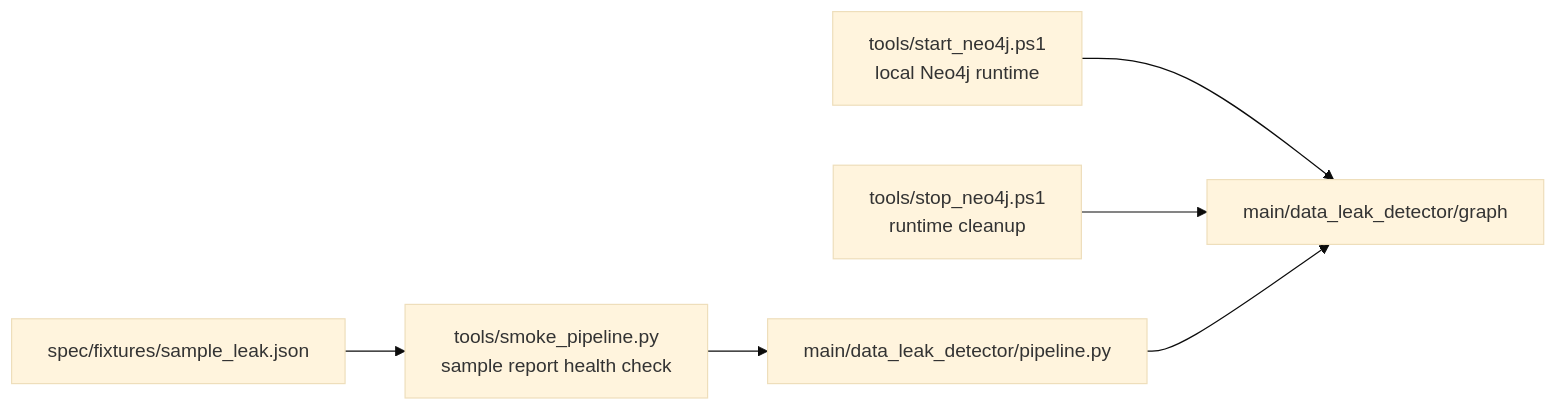
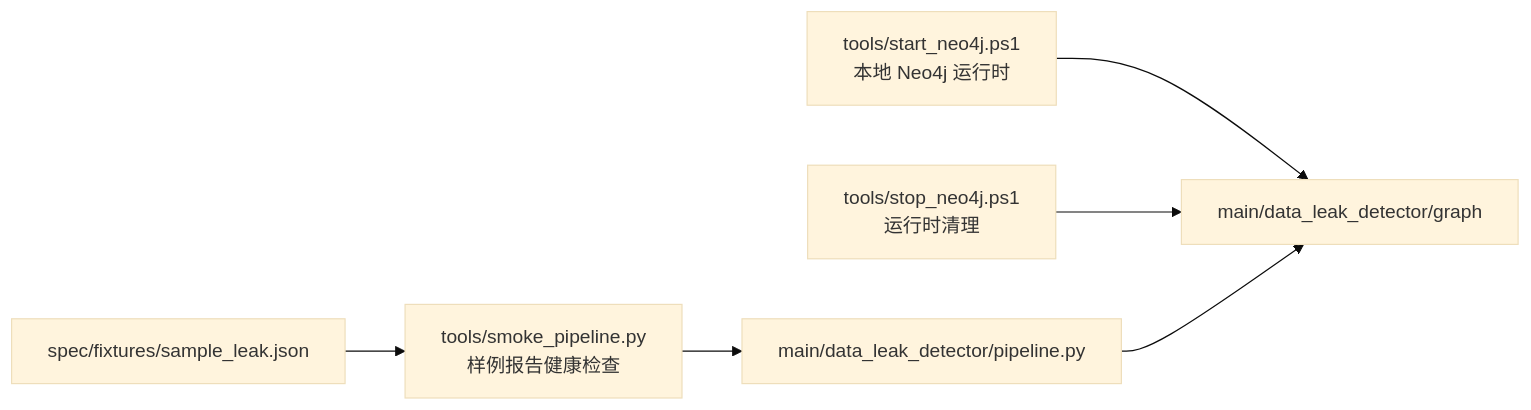
Before and after one commit to Vehicle-Security/DataLeakDetector: the second of 2 diagrams in README.md, drawn with Mermaid (base theme). The commit also changed other lines of this file and 28 other files, not shown here.

````diff
--- a/README.md
+++ b/README.md
@@ -128,15 +121,15 @@
 ```mermaid
 flowchart LR
     Fixture["spec/fixtures/sample_leak.json"]
-    Smoke["tools/smoke_pipeline.py<br/>sample report health check"]
-    Start["tools/start_neo4j.ps1<br/>local Neo4j runtime"]
-    Stop["tools/stop_neo4j.ps1<br/>runtime cleanup"]
+    Smoke["tools/smoke_pipeline.py<br/>样例报告健康检查"]
+    Start["tools/start_neo4j.ps1<br/>本地 Neo4j 运行时"]
+    Stop["tools/stop_neo4j.ps1<br/>运行时清理"]
     Pipeline["main/data_leak_detector/pipeline.py"]
     Graph["main/data_leak_detector/graph"]
 
     Fixture --> Smoke
     Smoke --> Pipeline
     Start --> Graph
     Stop --> Graph
     Pipeline --> Graph
 ```
````
